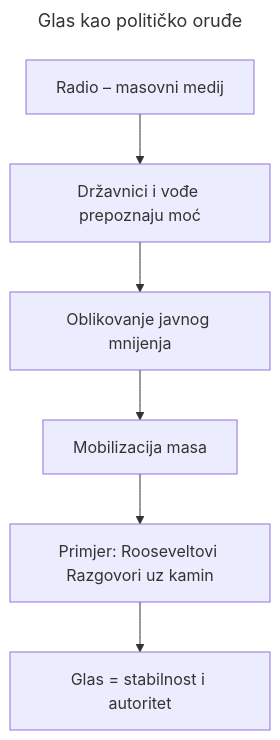
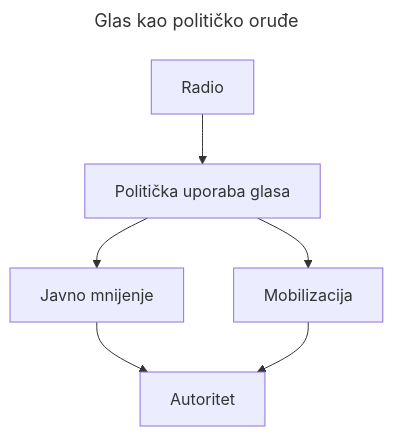
Before and after one commit to bperak/komunikacija_u_doba_ai: the diagram in docs/diagrams/ch02_radio_glas.mmd, drawn with Mermaid. The commit also changed 1008 other files, not shown here.

Commit message:
Finalize book layout, diagrams, and manuscript cleanup

```diff
--- a/docs/diagrams/ch02_radio_glas.mmd
+++ b/docs/diagrams/ch02_radio_glas.mmd
@@ -1,9 +1,9 @@
 ---
 title: Glas kao političko oruđe
 ---
 flowchart TD
-A[Radio – masovni medij] --> B[Državnici i vođe prepoznaju moć]
-B --> C[Oblikovanje javnog mnijenja]
-C --> D[Mobilizacija masa]
-D --> E[Primjer: Rooseveltovi Razgovori uz kamin]
-E --> F[Glas = stabilnost i autoritet]
+A[Radio] --> B[Politička uporaba glasa]
+B --> C[Javno mnijenje]
+B --> D[Mobilizacija]
+C --> E[Autoritet]
+D --> E
```
